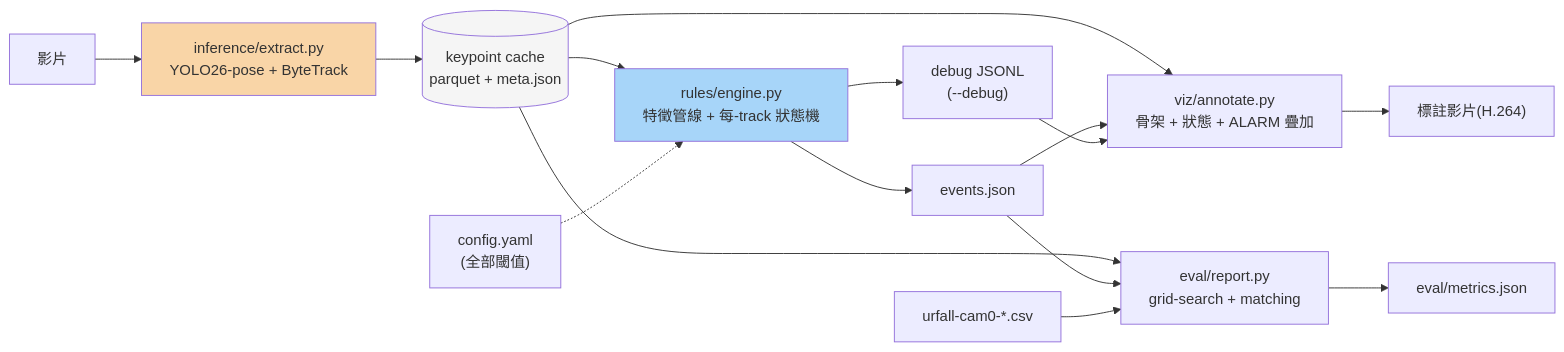
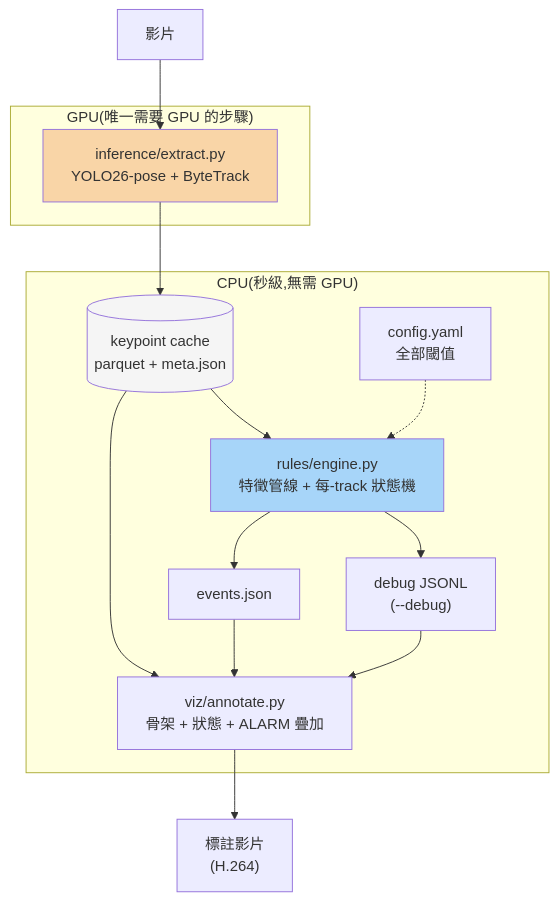
One commit to tun0000/fall-detection-pose changed the first of 2 diagrams in README.md. Above: the diagram before and after it, drawn with Mermaid. The commit also changed other lines of this file, not shown here.

Commit message:
Redesign architecture diagram: top-down layout, GPU/CPU subgraphs, split eval flow out
The single flowchart LR crammed 12 nodes into one wide horizontal chain,
forcing GitHub's mermaid renderer into pan/zoom mode instead of rendering
at a readable size. Switch to flowchart TD (fits README's natural vertical
scroll) with explicit GPU/CPU subgraph grouping, and split the eval-report
flow into its own smaller diagram.

````diff
--- a/README.md
+++ b/README.md
@@ -59,24 +64,26 @@
 ```mermaid
-flowchart LR
-    V[影片] --> EX["inference/extract.py<br/>YOLO26-pose + ByteTrack"]
+flowchart TD
+    V[影片] --> EX
+
+    subgraph gpu["GPU(唯一需要 GPU 的步驟)"]
+        EX["inference/extract.py<br/>YOLO26-pose + ByteTrack"]
+    end
+
     EX --> CACHE[("keypoint cache<br/>parquet + meta.json")]
 
-    CACHE --> ENGINE["rules/engine.py<br/>特徵管線 + 每-track 狀態機"]
-    CFG["config.yaml<br/>(全部閾值)"] -.-> ENGINE
-    ENGINE --> EVENTS["events.json"]
-    ENGINE --> DEBUG["debug JSONL<br/>(--debug)"]
+    subgraph cpu["CPU(秒級,無需 GPU)"]
+        CACHE --> ENGINE["rules/engine.py<br/>特徵管線 + 每-track 狀態機"]
+        CFG["config.yaml<br/>全部閾值"] -.-> ENGINE
+        ENGINE --> EVENTS["events.json"]
+        ENGINE --> DEBUG["debug JSONL<br/>(--debug)"]
+        CACHE --> ANNOTATE["viz/annotate.py<br/>骨架 + 狀態 + ALARM 疊加"]
+        EVENTS --> ANNOTATE
+        DEBUG --> ANNOTATE
+    end
 
-    CACHE --> ANNOTATE["viz/annotate.py<br/>骨架 + 狀態 + ALARM 疊加"]
-    EVENTS --> ANNOTATE
-    DEBUG --> ANNOTATE
-    ANNOTATE --> OUT["標註影片(H.264)"]
-
-    CACHE --> REPORT["eval/report.py<br/>grid-search + matching"]
-    EVENTS --> REPORT
-    GT["urfall-cam0-*.csv"] --> REPORT
-    REPORT --> METRICS["eval/metrics.json"]
+    ANNOTATE --> OUT["標註影片<br/>(H.264)"]
 
     style EX fill:#f9d5a7
     style CACHE fill:#f5f5f5
     style ENGINE fill:#a7d5f9
 ```
````
